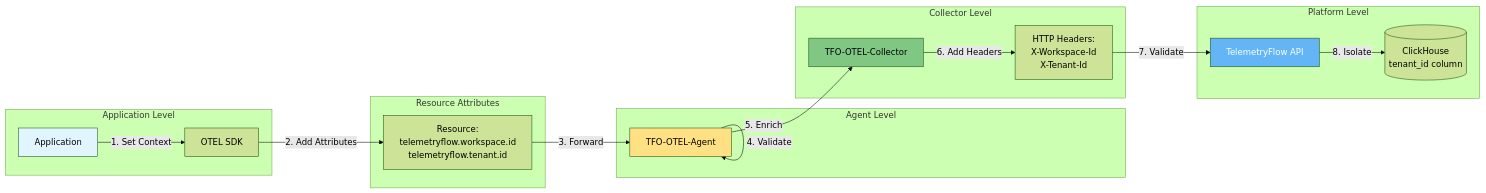
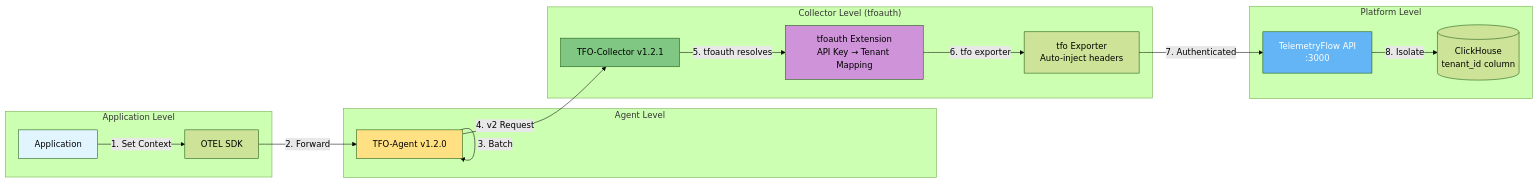
One commit to telemetryflow/telemetryflow-overview changed the seventh of 12 diagrams in tfo-otel/ARCHITECTURE.md. Above: the diagram before and after it, drawn with Mermaid (forest theme). The commit also changed other lines of this file and 68 other files, not shown here.

````diff
--- a/tfo-otel/ARCHITECTURE.md
+++ b/tfo-otel/ARCHITECTURE.md
@@ -415,30 +375,28 @@
 ```mermaid
 graph LR
     subgraph "Application Level"
         APP[Application] -->|1. Set Context| SDK[OTEL SDK]
     end
 
-    subgraph "Resource Attributes"
-        SDK -->|2. Add Attributes| RESOURCE[Resource:<br/>telemetryflow.workspace.id<br/>telemetryflow.tenant.id]
+    subgraph "Agent Level"
+        SDK -->|2. Forward| AGENT[TFO-Agent v1.2.0]
+        AGENT -->|3. Batch| AGENT
     end
 
-    subgraph "Agent Level"
-        RESOURCE -->|3. Forward| AGENT[TFO-OTEL-Agent]
-        AGENT -->|4. Validate| AGENT
-    end
-
-    subgraph "Collector Level"
-        AGENT -->|5. Enrich| COLLECTOR[TFO-OTEL-Collector]
-        COLLECTOR -->|6. Add Headers| HEADERS[HTTP Headers:<br/>X-Workspace-Id<br/>X-Tenant-Id]
+    subgraph "Collector Level (tfoauth)"
+        AGENT -->|4. v2 Request| COLLECTOR[TFO-Collector v1.2.1]
+        COLLECTOR -->|5. tfoauth resolves| AUTH[tfoauth Extension<br/>API Key → Tenant Mapping]
+        AUTH -->|6. tfo exporter| EXPORT[tfo Exporter<br/>Auto-inject headers]
     end
 
     subgraph "Platform Level"
-        HEADERS -->|7. Validate| TFO[TelemetryFlow API]
+        EXPORT -->|7. Authenticated| TFO[TelemetryFlow API<br/>:3000]
         TFO -->|8. Isolate| DB[(ClickHouse<br/>tenant_id column)]
     end
 
     style APP fill:#E1F5FE
     style AGENT fill:#FFE082
     style COLLECTOR fill:#81C784
+    style AUTH fill:#CE93D8
     style TFO fill:#64B5F6,color:#fff
 ```
````
